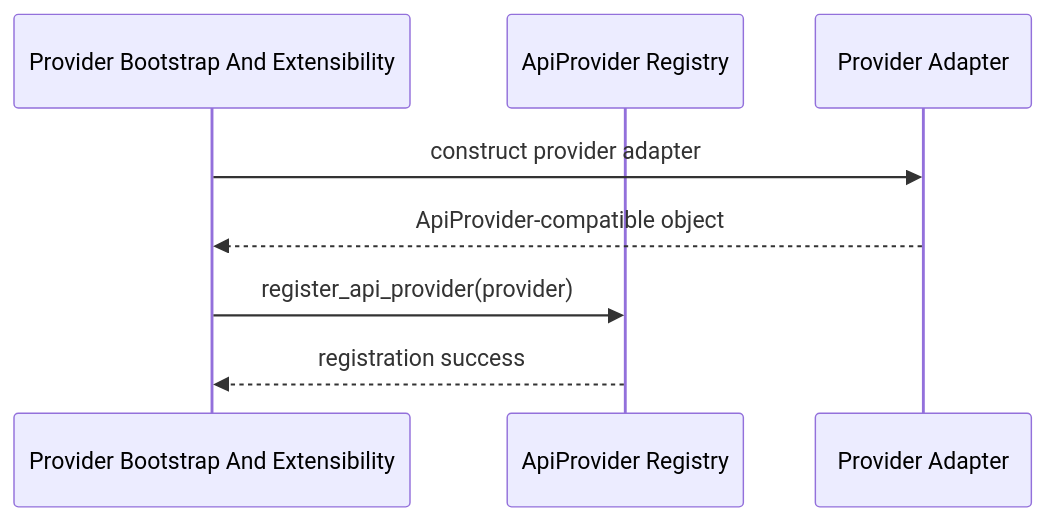
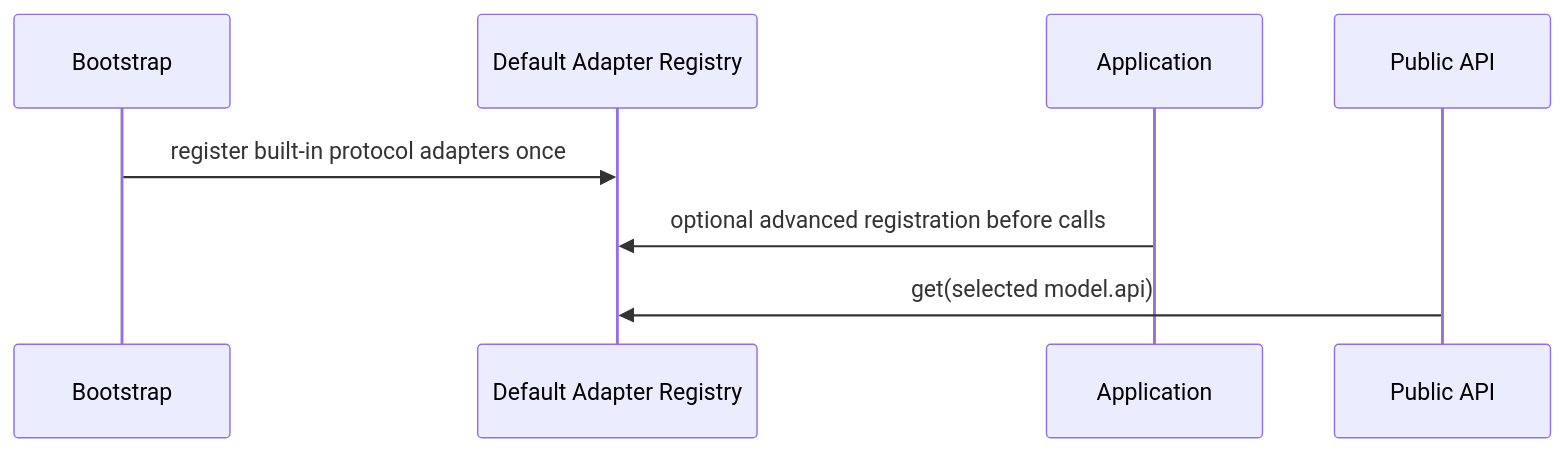
The second of 2 diagrams in docs/internals/architecture/ai/loushang-ai-component-interactions-v1.md (wrongbutworks/loushang), drawn with Mermaid before and after one commit. The commit also changed other lines of this file and 19 other files, not shown here.

Commit message:
docs(ai): align SDK architecture

````diff
--- a/docs/internals/architecture/ai/loushang-ai-component-interactions-v1.md
+++ b/docs/internals/architecture/ai/loushang-ai-component-interactions-v1.md
@@ -262,11 +46,11 @@
 ```mermaid
 sequenceDiagram
-    participant Bootstrap as Provider Bootstrap And Extensibility
-    participant ApiReg as ApiProvider Registry
-    participant Provider as Provider Adapter
+    participant Bootstrap
+    participant Registry as Default Adapter Registry
+    participant Application
+    participant API as Public API
 
-    Bootstrap->>Provider: construct provider adapter
-    Provider-->>Bootstrap: ApiProvider-compatible object
-    Bootstrap->>ApiReg: register_api_provider(provider)
-    ApiReg-->>Bootstrap: registration success
+    Bootstrap->>Registry: register built-in protocol adapters once
+    Application->>Registry: optional advanced registration before calls
+    API->>Registry: get(selected model.api)
 ```
````
